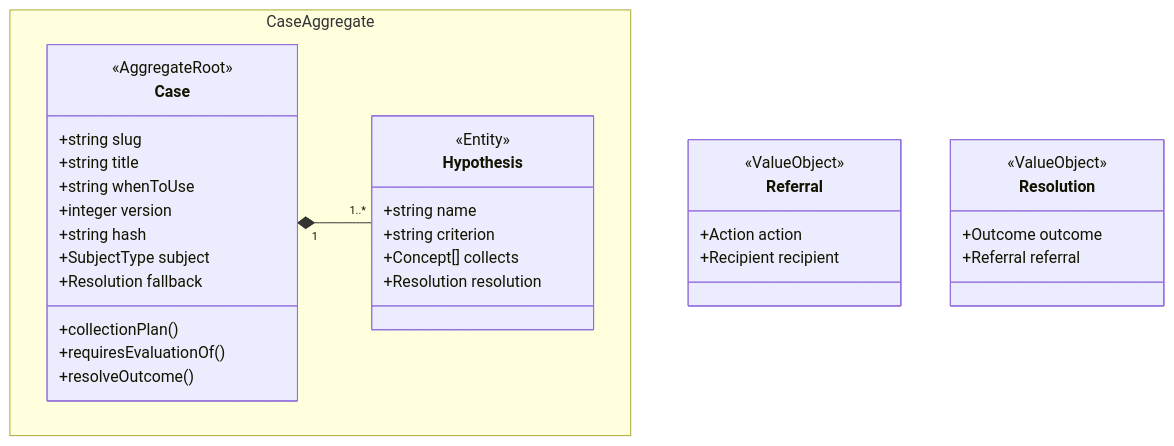
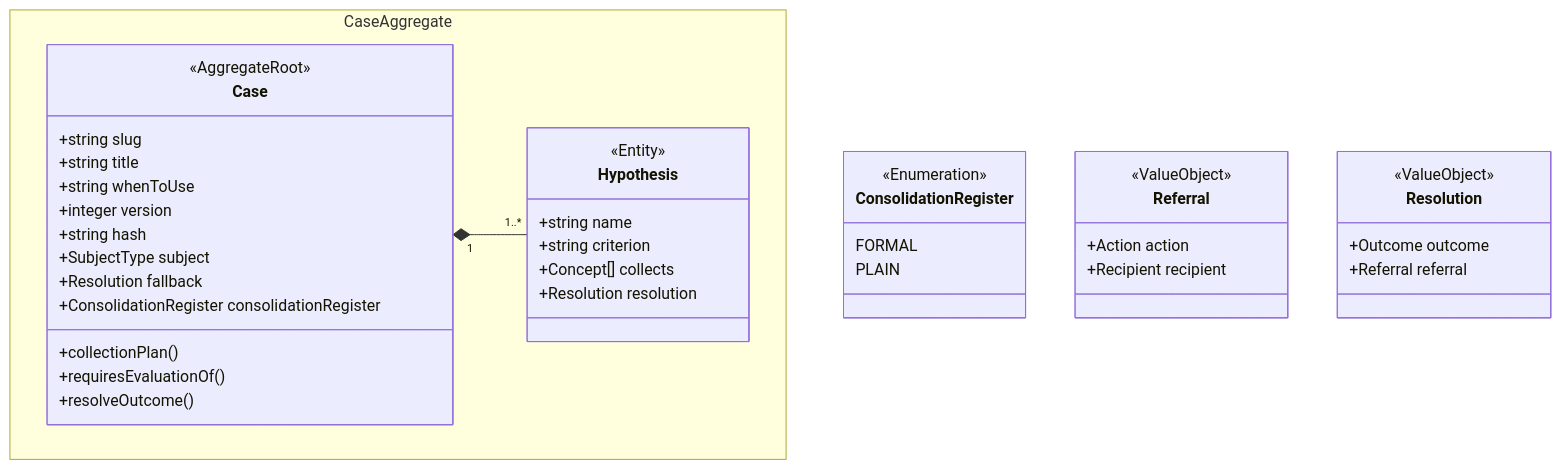
One commit to zig999/servicedesk changed the diagram in knowledge/projections/class-diagram-knowledge.mmd. Above: the diagram before and after it, drawn with Mermaid. The commit also changed 9 other files, not shown here.

```diff
--- a/knowledge/projections/class-diagram-knowledge.mmd
+++ b/knowledge/projections/class-diagram-knowledge.mmd
@@ -1,34 +1,40 @@
 classDiagram
     namespace CaseAggregate {
         class Case {
             <<AggregateRoot>>
             +string slug
             +string title
             +string whenToUse
             +integer version
             +string hash
             +SubjectType subject
             +Resolution fallback
+            +ConsolidationRegister consolidationRegister
             +collectionPlan()
             +requiresEvaluationOf()
             +resolveOutcome()
         }
         class Hypothesis {
             <<Entity>>
             +string name
             +string criterion
             +Concept[] collects
             +Resolution resolution
         }
     }
+    class ConsolidationRegister {
+        <<Enumeration>>
+        FORMAL
+        PLAIN
+    }
     class Referral {
         <<ValueObject>>
         +Action action
         +Recipient recipient
     }
     class Resolution {
         <<ValueObject>>
         +Outcome outcome
         +Referral referral
     }
     Case "1" *-- "1..*" Hypothesis
```
